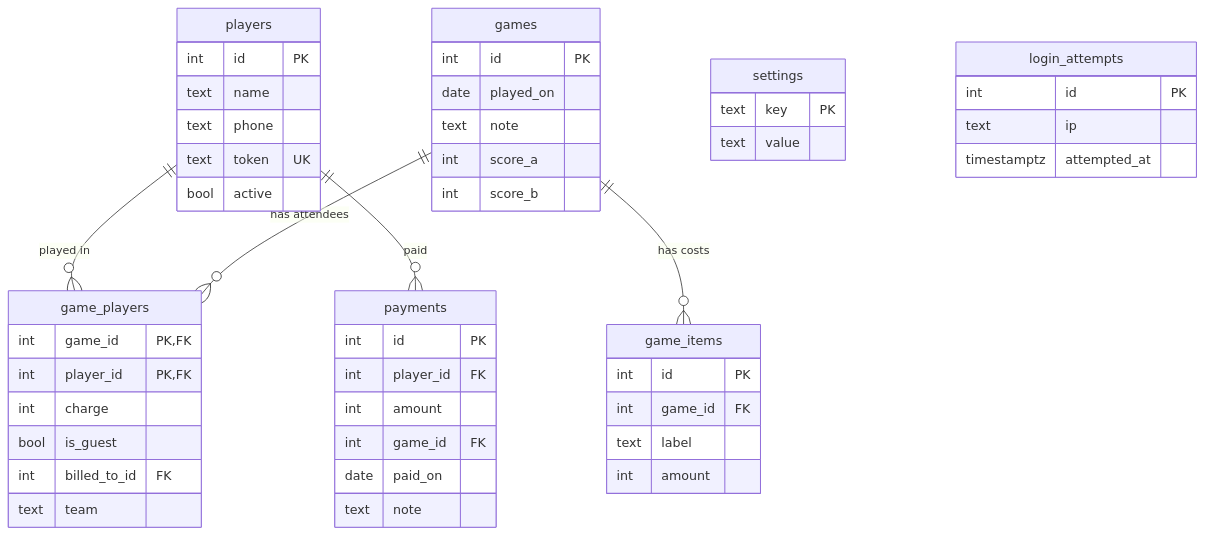
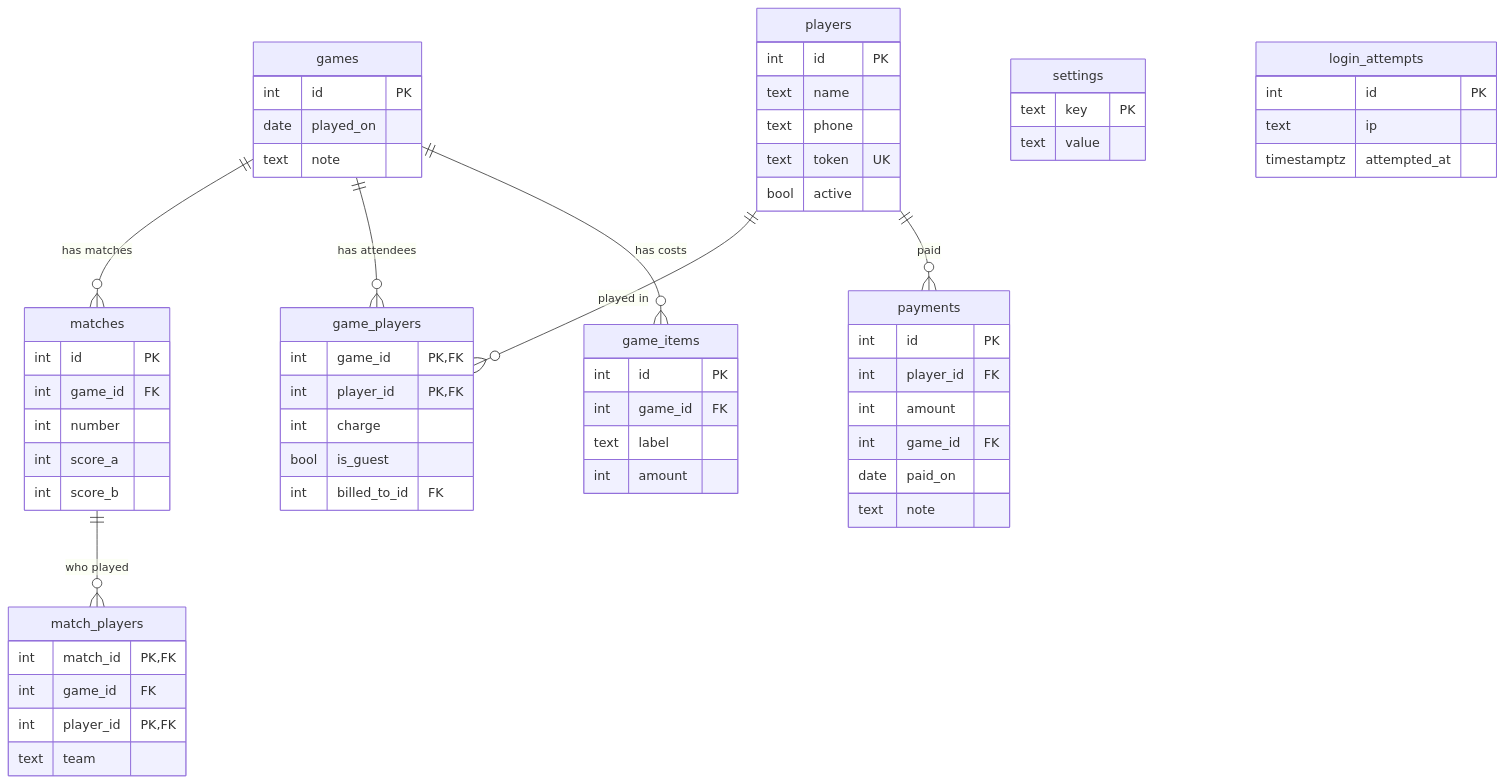
One commit to zinx110/turftab changed the diagram in README.md. Above: the diagram before and after it, drawn with Mermaid. The commit also changed other lines of this file and 16 other files, not shown here.

First line of the commit message:
Add matches: several matches per game day

````diff
--- a/README.md
+++ b/README.md
@@ -49,53 +49,65 @@
 ```mermaid
 erDiagram
+    games   ||--o{ matches      : "has matches"
+    matches ||--o{ match_players : "who played"
     players ||--o{ game_players : "played in"
     games   ||--o{ game_players : "has attendees"
     games   ||--o{ game_items   : "has costs"
     players ||--o{ payments     : "paid"
 
     players {
         int id PK
         text name
         text phone
         text token UK
         bool active
     }
     games {
         int id PK
         date played_on
         text note
-        int score_a
-        int score_b
     }
     game_items {
         int id PK
         int game_id FK
         text label
         int amount
     }
     game_players {
         int game_id PK, FK
         int player_id PK, FK
         int charge
         bool is_guest
         int billed_to_id FK
+    }
+    matches {
+        int id PK
+        int game_id FK
+        int number
+        int score_a
+        int score_b
+    }
+    match_players {
+        int match_id PK, FK
+        int game_id FK
+        int player_id PK, FK
         text team
     }
     payments {
         int id PK
         int player_id FK
         int amount
         int game_id FK
         date paid_on
         text note
     }
     settings {
         text key PK
         text value
     }
     login_attempts {
         int id PK
         text ip
         timestamptz attempted_at
     }
 ```
````
